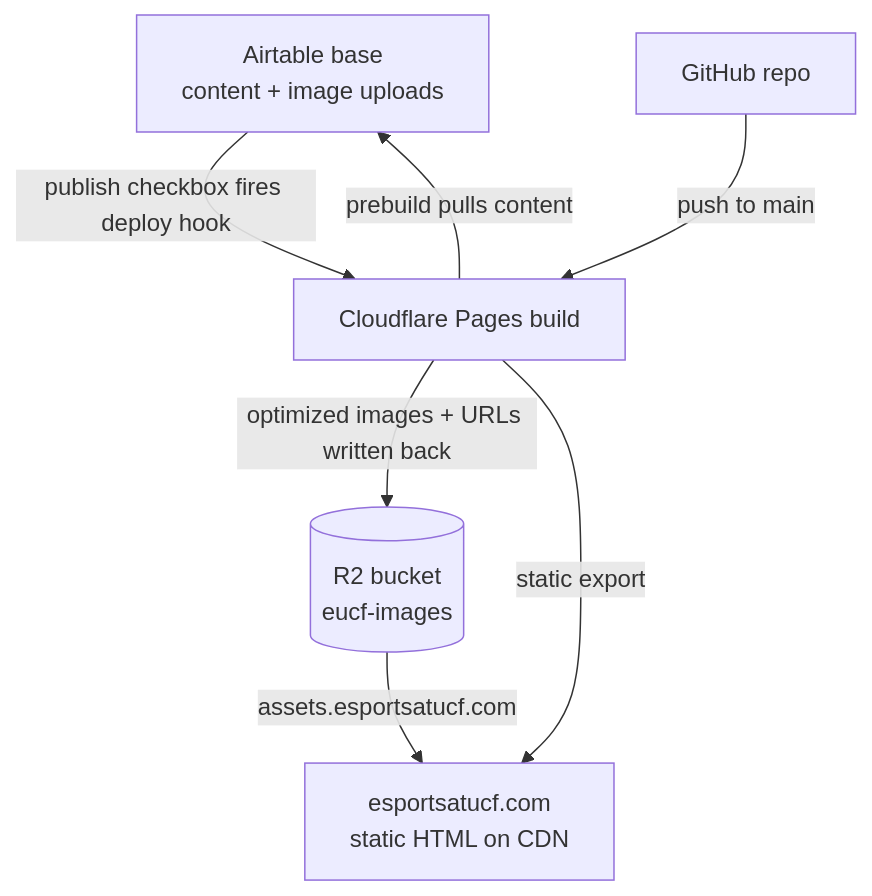
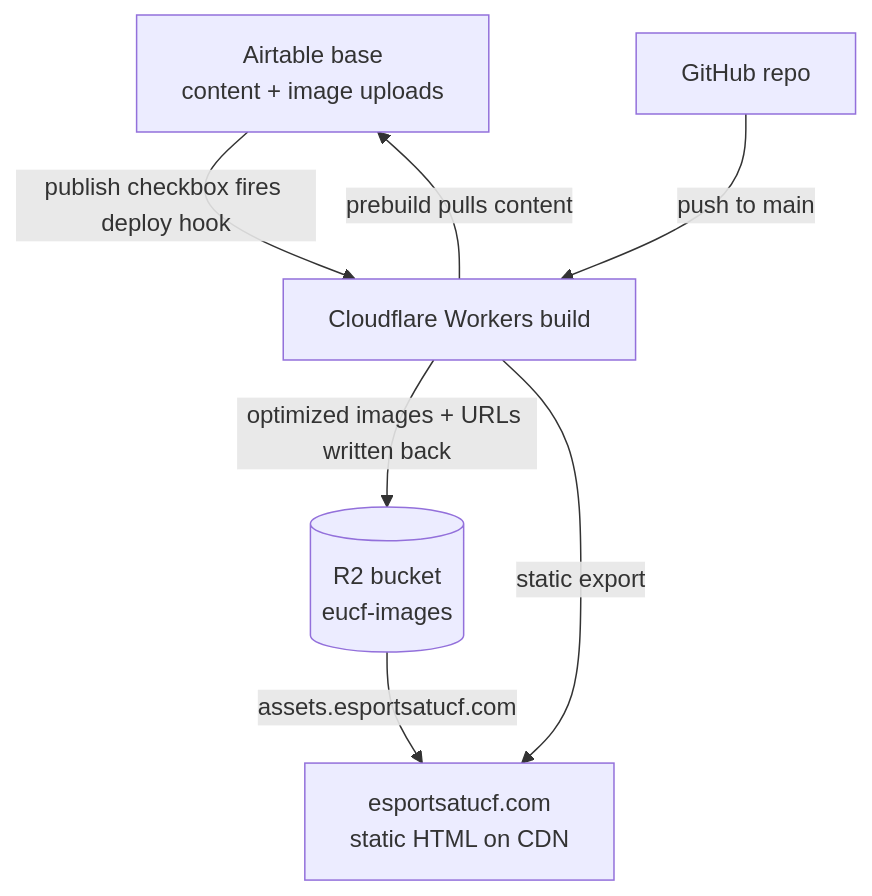
One commit to ErikaDalzina/EUCF-Website changed the diagram in docs/SETUP.md. Above: the diagram before and after it, drawn with Mermaid. The commit also changed other lines of this file and 2 other files, not shown here.

Commit message:
docs: update setup and runbook for Cloudflare Workers

````diff
--- a/docs/SETUP.md
+++ b/docs/SETUP.md
@@ -27,15 +27,15 @@
 ```mermaid
 flowchart TD
     AT[Airtable base<br/>content + image uploads]
     GH[GitHub repo]
-    CF[Cloudflare Pages build]
+    CF[Cloudflare Workers build]
     R2[(R2 bucket<br/>eucf-images)]
     SITE[esportsatucf.com<br/>static HTML on CDN]
 
     AT -->|publish checkbox fires deploy hook| CF
     GH -->|push to main| CF
     CF -->|prebuild pulls content| AT
     CF -->|optimized images + URLs written back| R2
     CF -->|static export| SITE
     R2 -->|assets.esportsatucf.com| SITE
 ```
````
